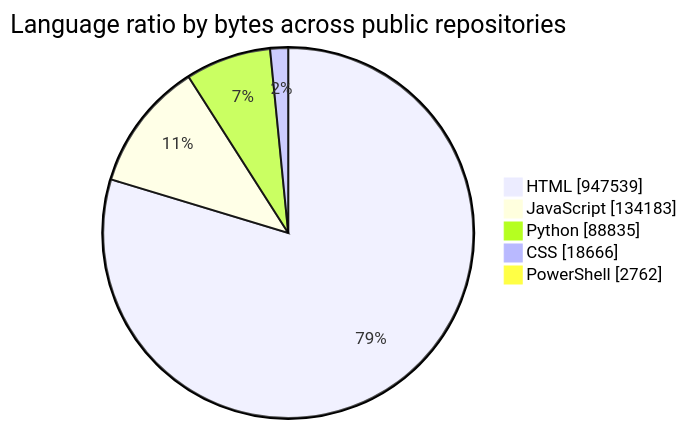
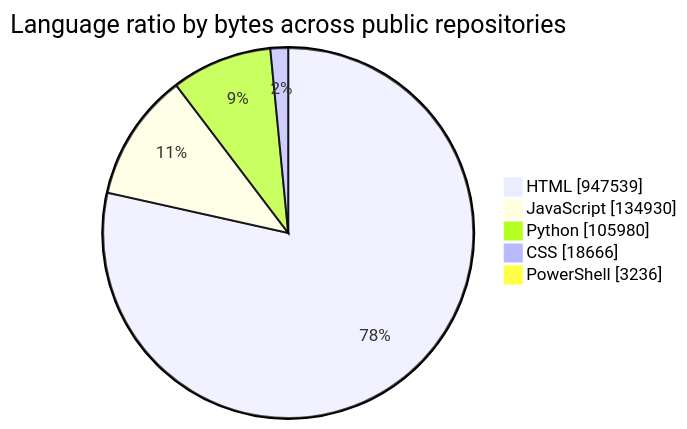
The diagram in README.md (tchinso/tchinso), drawn with Mermaid before and after one commit. The commit also changed other lines of this file, not shown here.

````diff
--- a/README.md
+++ b/README.md
@@ -34,9 +34,9 @@
 ```mermaid
 pie showData
     title Language ratio by bytes across public repositories
     "HTML" : 947539
-    "JavaScript" : 134183
-    "Python" : 88835
+    "JavaScript" : 134930
+    "Python" : 105980
     "CSS" : 18666
-    "PowerShell" : 2762
+    "PowerShell" : 3236
 ```
````
